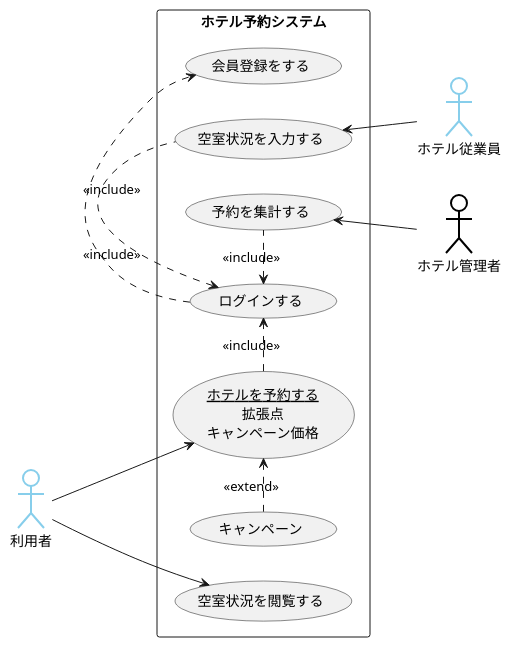
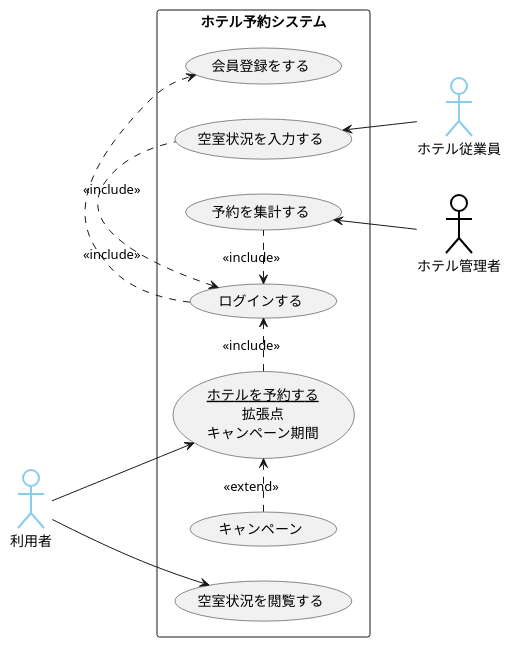
The diagram in 演習2-8_UC_ホテル予約システム.pu (krij9319/uml-introduction), drawn with PlantUML before and after one commit.

Commit message:
演習2-8の修正

```diff
--- a/演習2-8_UC_ホテル予約システム.pu
+++ b/演習2-8_UC_ホテル予約システム.pu
@@ -1,24 +1,24 @@
 @startuml 演習2-8
     left to right direction
     actor 利用者 #FFFFFF;line:SkyBlue;line.bold;
     actor ホテル従業員 #FFFFFF;line:SkyBlue;line.bold;
     actor ホテル管理者 #FFFFFF;line:Black;line.bold;
     rectangle ホテル予約システム{
         usecase 空室状況を閲覧する
-        usecase (<u>ホテルを予約する</u>\n拡張点\nキャンペーン価格) as input
+        usecase (<u>ホテルを予約する</u>\n拡張点\nキャンペーン期間) as input
         usecase 空室状況を入力する
         usecase 予約を集計する
         usecase ログインする
         usecase 会員登録をする
         usecase キャンペーン
     }
     利用者 --> input
     input .> ログインする : <<include>>
     ログインする .> 会員登録をする : <<include>>
     キャンペーン .> input : <<extend>>
     利用者 --> 空室状況を閲覧する
     空室状況を入力する <-- ホテル従業員
     予約を集計する <-- ホテル管理者
     ログインする <. 空室状況を入力する : <<include>>
     ログインする <. 予約を集計する : <<include>>
 @enduml
```
